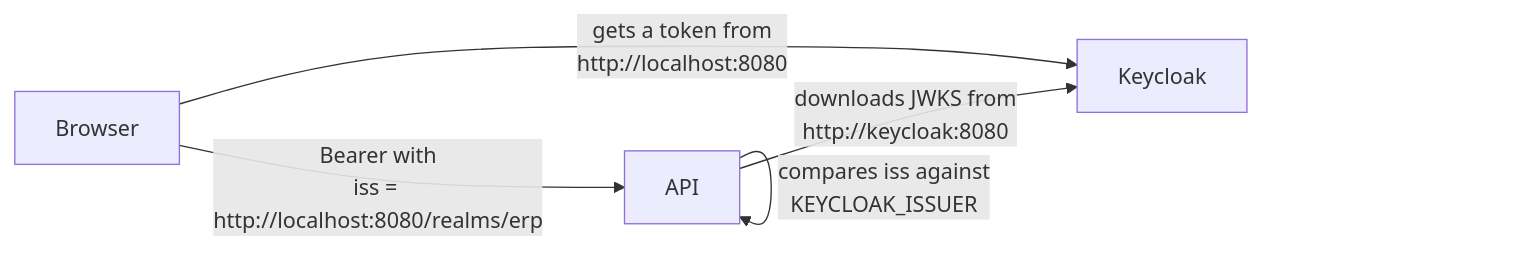
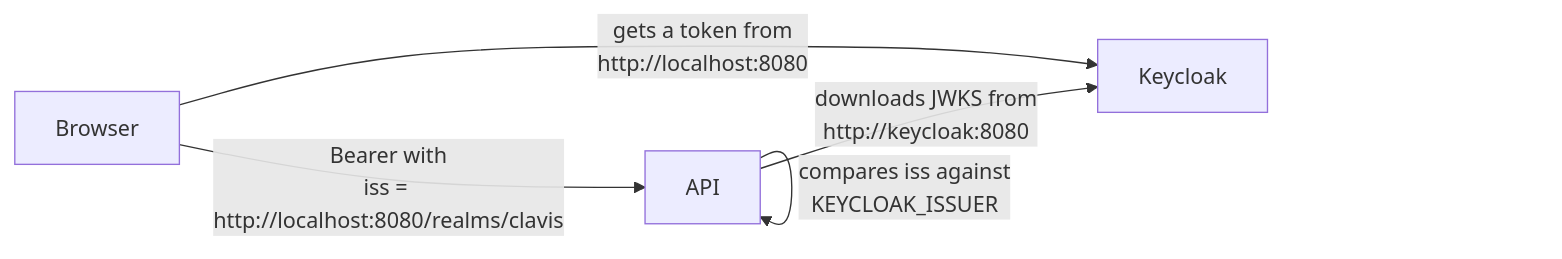
Before and after one commit to mapineda48/clavis: the fourth of 5 diagrams in docs/architecture.md, drawn with Mermaid. The commit also changed other lines of this file and 130 other files, not shown here.

````diff
--- a/docs/architecture.md
+++ b/docs/architecture.md
@@ -390,7 +390,7 @@
 ```mermaid
 flowchart LR
     B["Browser"] -->|"gets a token from<br/>http://localhost:8080"| KC["Keycloak"]
-    B -->|"Bearer with<br/>iss = http://localhost:8080/realms/erp"| API["API"]
+    B -->|"Bearer with<br/>iss = http://localhost:8080/realms/clavis"| API["API"]
     API -->|"downloads JWKS from<br/>http://keycloak:8080"| KC
     API -->|"compares iss against<br/>KEYCLOAK_ISSUER"| API
 ```
````
